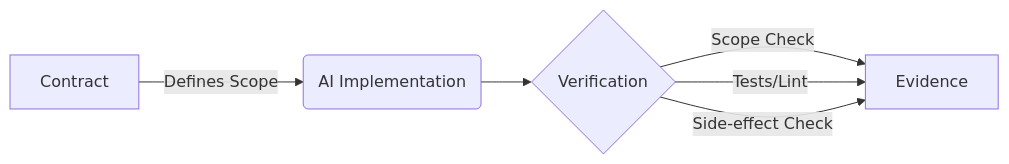
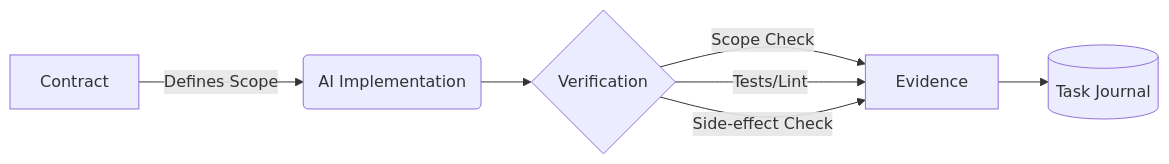
Before and after one commit to Thunderkill016/cw: the diagram in README.md, drawn with Mermaid. The commit also changed other lines of this file and 54 other files, not shown here.

````diff
--- a/README.md
+++ b/README.md
@@ -35,8 +57,9 @@
 ```mermaid
 flowchart LR
     A[Contract] -->|Defines Scope| B(AI Implementation)
     B --> C{Verification}
     C -->|Scope Check| D[Evidence]
     C -->|Tests/Lint| D
     C -->|Side-effect Check| D
+    D --> E[(Task Journal)]
 ```
````
